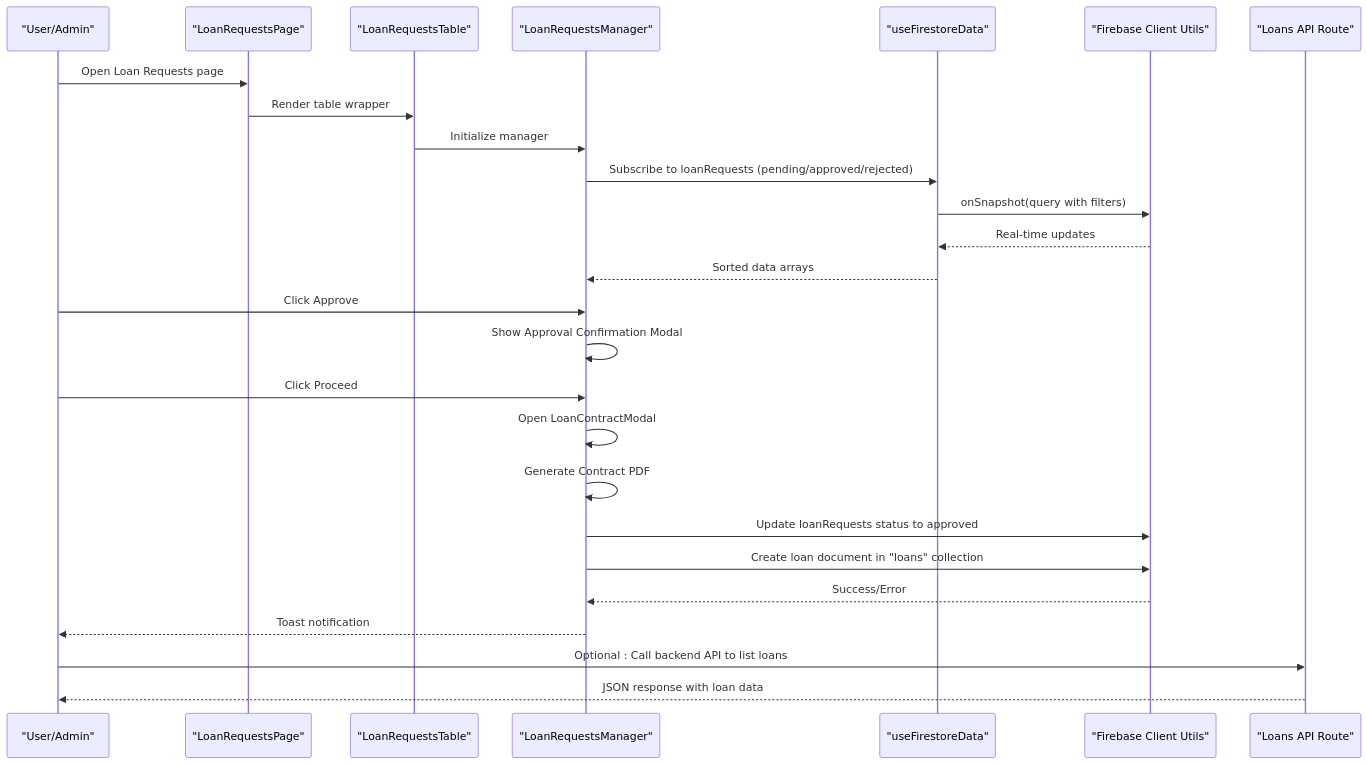
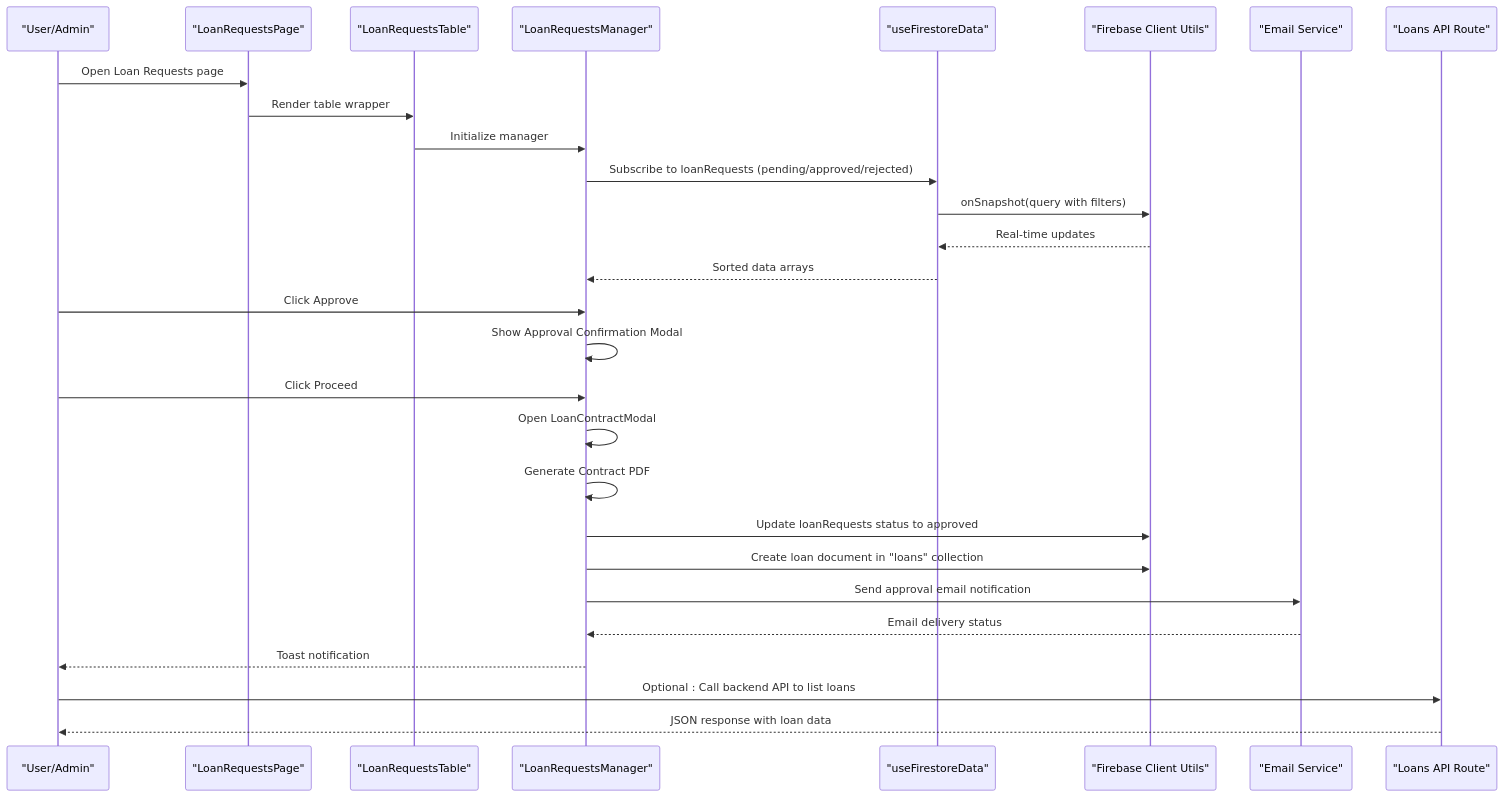
The second of 4 diagrams in .qoder/repowiki/en/content/Loan Management System/Loan Approval Process.md (Unsure-bry/sampacoop_system), drawn with Mermaid before and after one commit. The commit also changed other lines of this file and 12 other files, not shown here.

````diff
--- a/.qoder/repowiki/en/content/Loan Management System/Loan Approval Process.md
+++ b/.qoder/repowiki/en/content/Loan Management System/Loan Approval Process.md
@@ -124,28 +133,30 @@
 ```mermaid
 sequenceDiagram
 participant U as "User/Admin"
 participant P as "LoanRequestsPage"
 participant T as "LoanRequestsTable"
 participant M as "LoanRequestsManager"
 participant H as "useFirestoreData"
 participant F as "Firebase Client Utils"
+participant E as "Email Service"
 participant R as "Loans API Route"
 U->>P : Open Loan Requests page
 P->>T : Render table wrapper
 T->>M : Initialize manager
 M->>H : Subscribe to loanRequests (pending/approved/rejected)
 H->>F : onSnapshot(query with filters)
 F-->>H : Real-time updates
 H-->>M : Sorted data arrays
 U->>M : Click Approve
 M->>M : Show Approval Confirmation Modal
 U->>M : Click Proceed
 M->>M : Open LoanContractModal
 M->>M : Generate Contract PDF
 M->>F : Update loanRequests status to approved
 M->>F : Create loan document in "loans" collection
-F-->>M : Success/Error
+M->>E : Send approval email notification
+E-->>M : Email delivery status
 M-->>U : Toast notification
 U->>R : Optional : Call backend API to list loans
 R-->>U : JSON response with loan data
 ```
````
